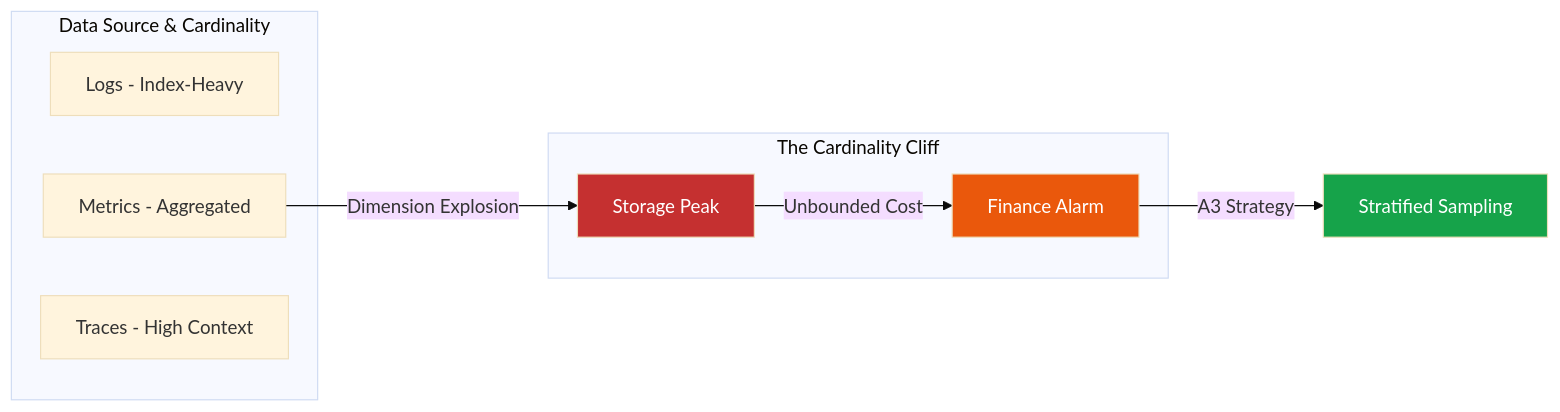
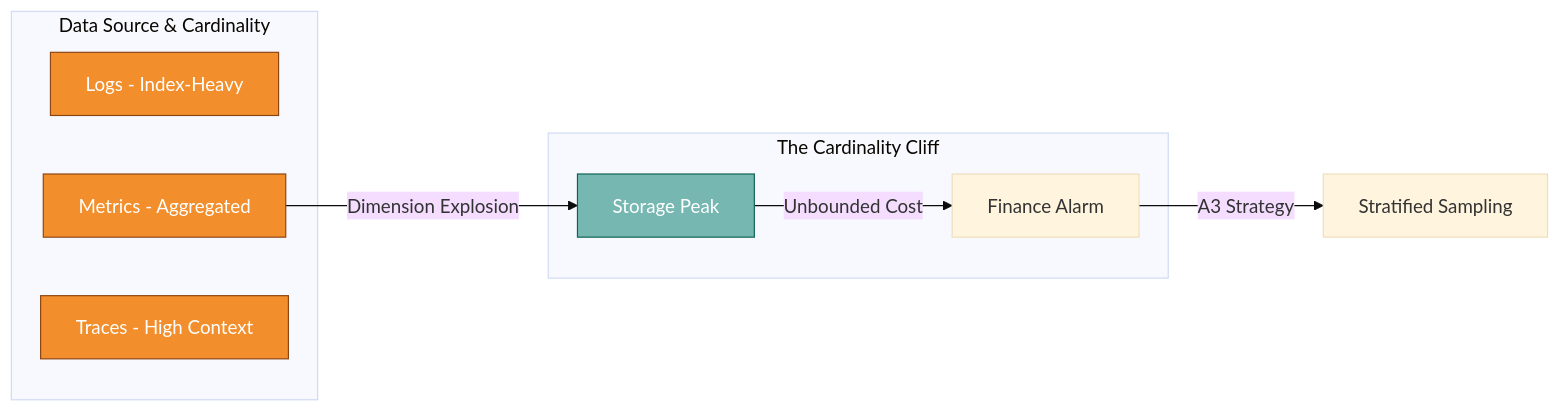
Before and after one commit to gchaitanyabharath9/omnigcloud: the second of 8 diagrams in src/app/[locale]/research/papers/a3-enterprise-observability-operational-intelligence/A3-PAPER-FULL.md, drawn with Mermaid (base theme). The commit also changed other lines of this file and 40 other files, not shown here.

````diff
--- a/src/app/[locale]/research/papers/a3-enterprise-observability-operational-intelligence/A3-PAPER-FULL.md
+++ b/src/app/[locale]/research/papers/a3-enterprise-observability-operational-intelligence/A3-PAPER-FULL.md
@@ -158,19 +186,24 @@
 ```mermaid
 graph LR
+    classDef Control fill:#4E79A7,stroke:#2C3E50,color:#fff;
+    classDef Data fill:#59A14F,stroke:#274E13,color:#fff;
+    classDef Policy fill:#9C6ADE,stroke:#4B0082,color:#fff;
+    classDef Obs fill:#F28E2B,stroke:#8B4513,color:#fff;
+    classDef Risk fill:#E15759,stroke:#7B241C,color:#fff;
+    classDef State fill:#76B7B2,stroke:#0E6251,color:#fff;
+    classDef Actor fill:#BAB0AC,stroke:#515A5A,color:#000;
     subgraph Data ["Data Source & Cardinality"]
-        L1[Logs - Index-Heavy]
-        M1[Metrics - Aggregated]
-        T1[Traces - High Context]
+    L1["Logs - Index-Heavy"]
+    M1["Metrics - Aggregated"]
+    T1["Traces - High Context"]
     end
-
     subgraph Cost ["The Cardinality Cliff"]
-        M1 -->|Dimension Explosion| C[Storage Peak]
-        C -->|Unbounded Cost| F[Finance Alarm]
+    M1 -->|Dimension Explosion| C["Storage Peak"]
+    C -->|Unbounded Cost| F["Finance Alarm"]
     end
-
-    F -->|A3 Strategy| S[Stratified Sampling]
-    
-    style C fill:#c53030,color:white
-    style F fill:#ea580c,color:white
-    style S fill:#16a34a,color:white
+    F -->|A3 Strategy| S["Stratified Sampling"]
+    class L1 Obs;
+    class M1 Obs;
+    class T1 Obs;
+    class C State;
 ```
````
